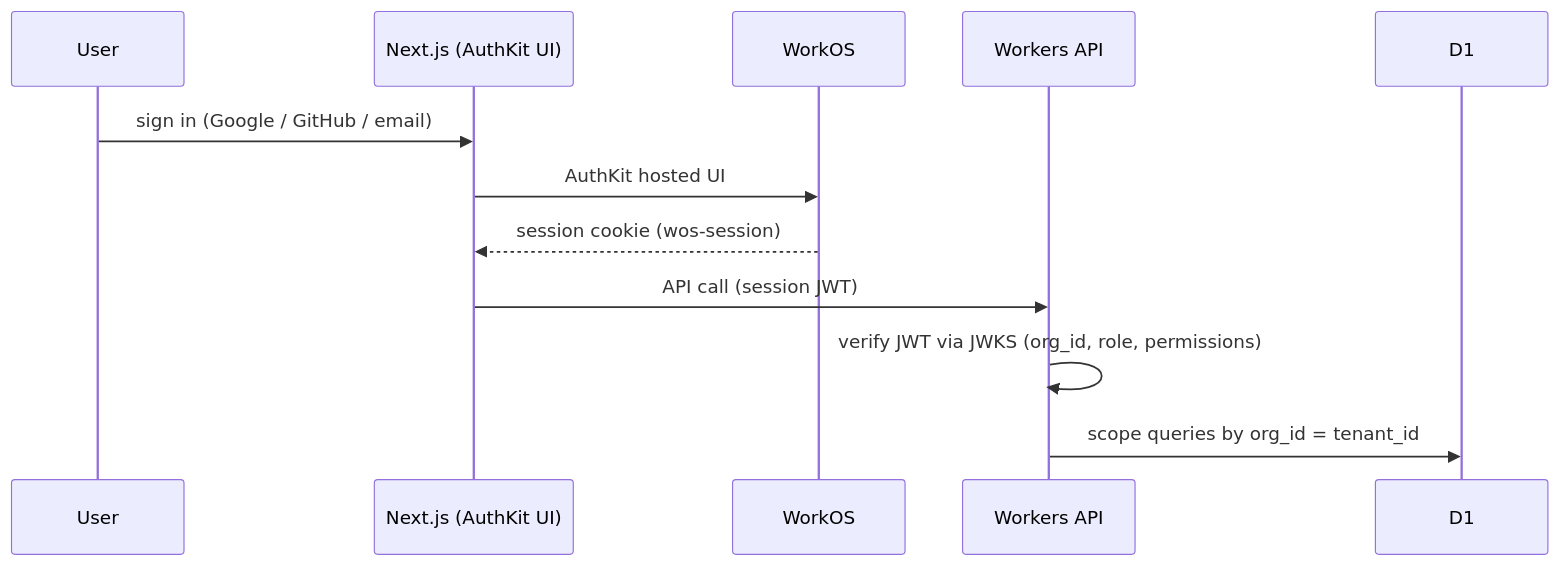
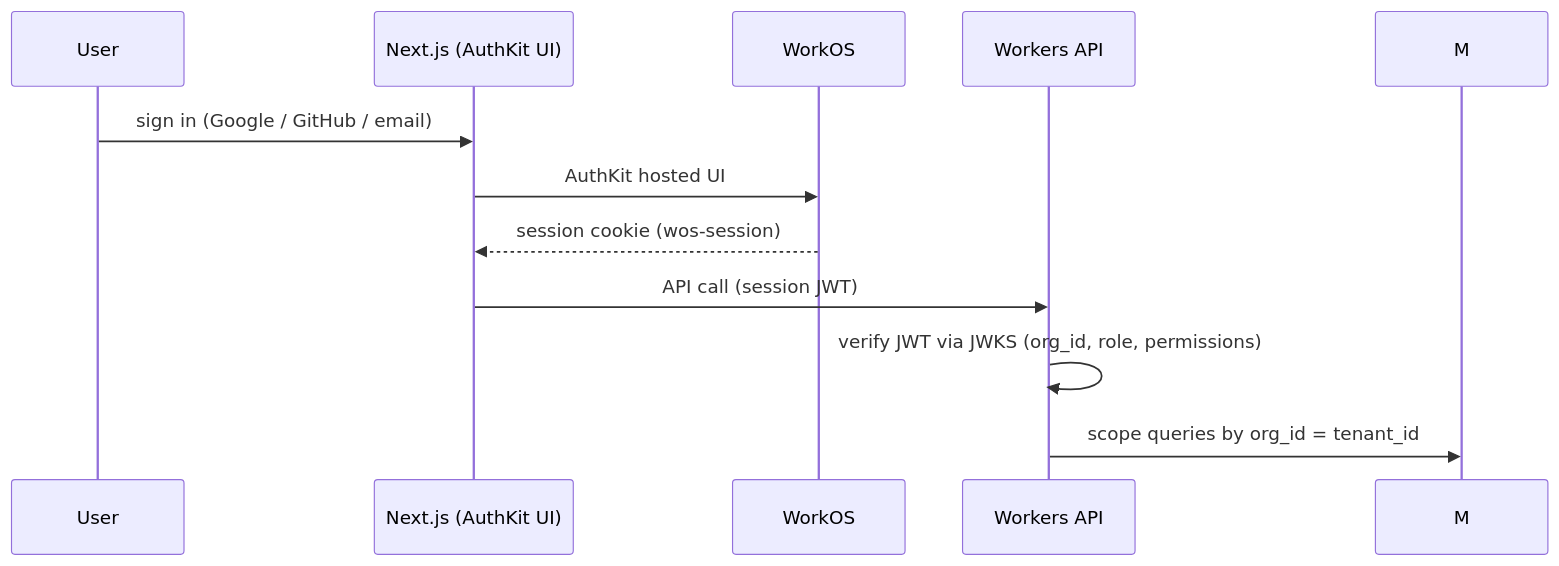
One commit to noah-sheldon/contentforge changed the seventh of 8 diagrams in docs/lld.md. Above: the diagram before and after it, drawn with Mermaid. The commit also changed other lines of this file and 2 other files, not shown here.

````diff
--- a/docs/lld.md
+++ b/docs/lld.md
@@ -222,13 +232,13 @@
 ```mermaid
 sequenceDiagram
     participant U as User
     participant N as Next.js (AuthKit UI)
     participant W as WorkOS
     participant A as Workers API
     U->>N: sign in (Google / GitHub / email)
     N->>W: AuthKit hosted UI
     W-->>N: session cookie (wos-session)
     N->>A: API call (session JWT)
     A->>A: verify JWT via JWKS (org_id, role, permissions)
-    A->>D1: scope queries by org_id = tenant_id
+    A->>M: scope queries by org_id = tenant_id
 ```
````
